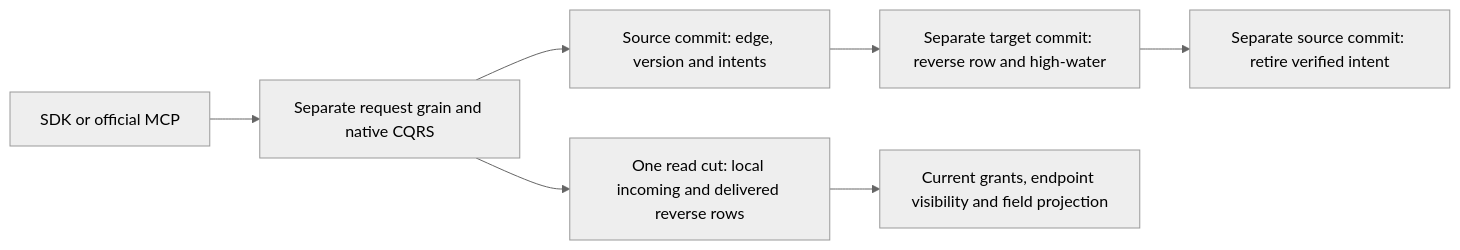
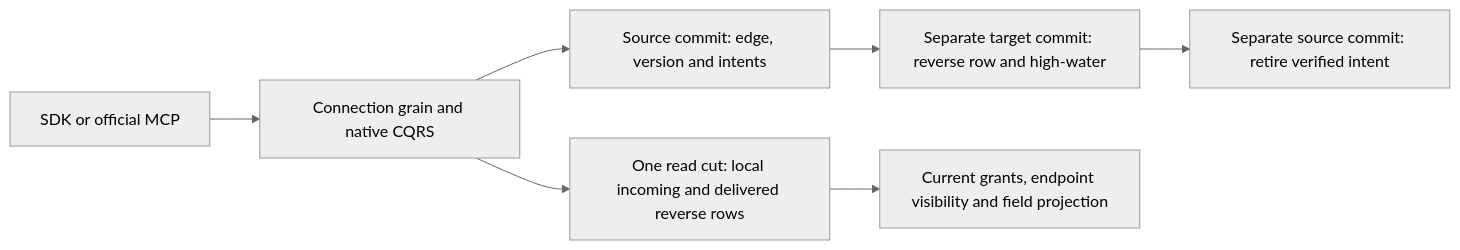
The diagram in docs/Features/GraphTraversal/CrossPartitionEdges.md (managedcode/KeyLoad), drawn with Mermaid (neutral theme) before and after one commit. The commit also changed other lines of this file and 271 other files, not shown here.

````diff
--- a/docs/Features/GraphTraversal/CrossPartitionEdges.md
+++ b/docs/Features/GraphTraversal/CrossPartitionEdges.md
@@ -81,9 +81,9 @@
 ```mermaid
 flowchart LR
-    caller[SDK or official MCP] --> request[Separate request grain and native CQRS]
+    caller[SDK or official MCP] --> request[Connection grain and native CQRS]
     request --> source[Source commit: edge, version and intents]
     source --> target[Separate target commit: reverse row and high-water]
     target --> complete[Separate source commit: retire verified intent]
     request --> read[One read cut: local incoming and delivered reverse rows]
     read --> privacy[Current grants, endpoint visibility and field projection]
 ```
````
